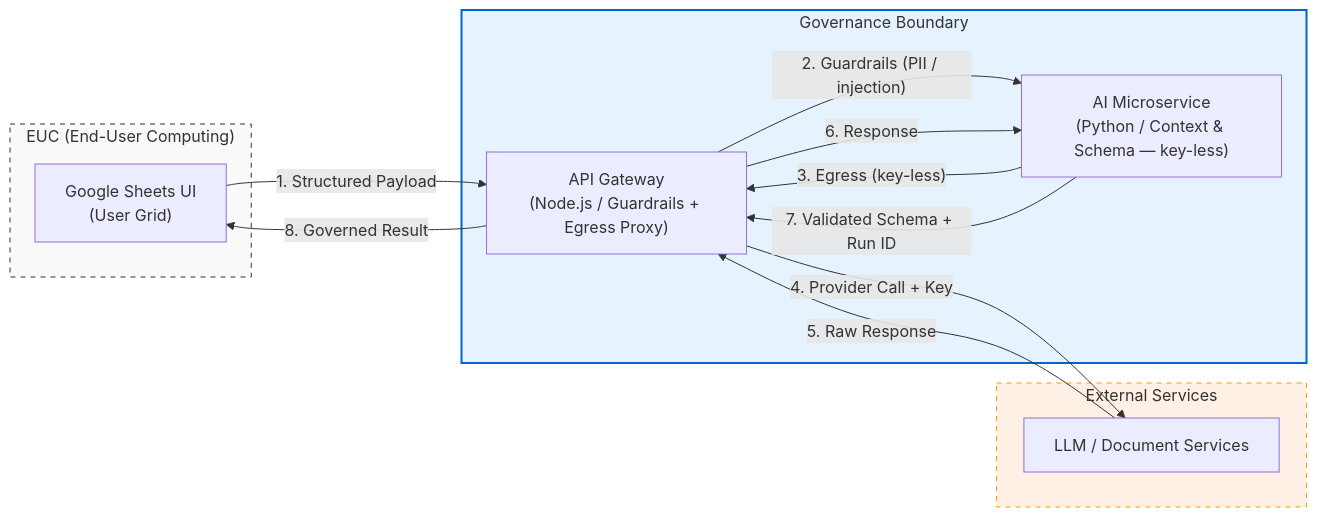
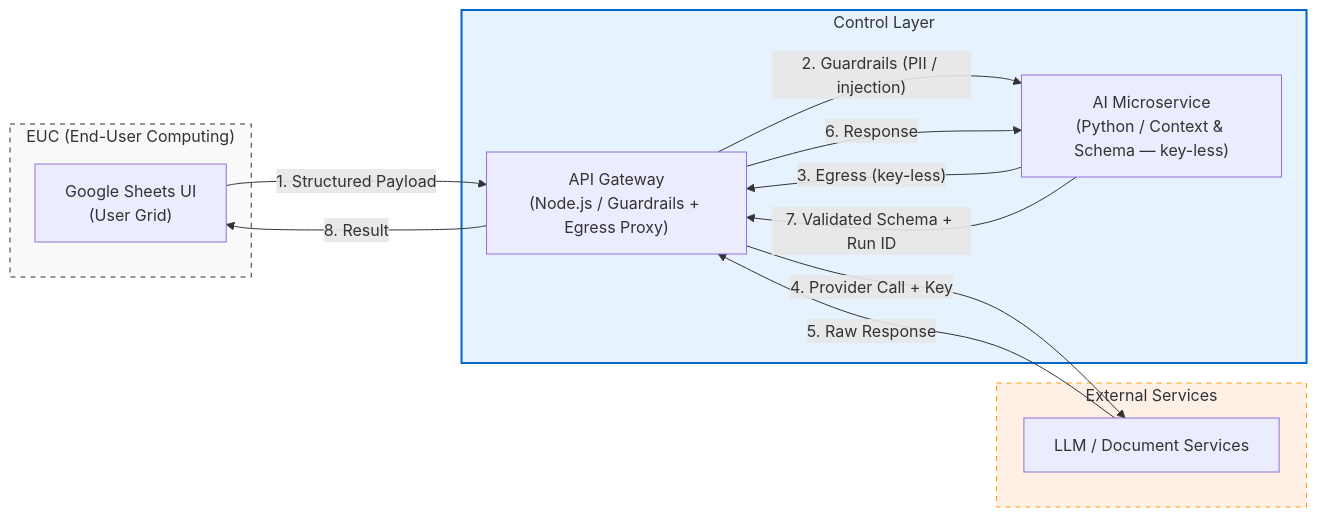
Before and after one commit to VincentChong123/euc-spreadsheet-uplift: the diagram in README.md, drawn with Mermaid. The commit also changed other lines of this file and 2 other files, not shown here.

````diff
--- a/README.md
+++ b/README.md
@@ -55,29 +56,29 @@
 ```mermaid
 flowchart LR
     subgraph EUC["EUC (End-User Computing)"]
         UI["Google Sheets UI<br/>(User Grid)"]
     end
 
-    subgraph Governance["Governance Boundary"]
+    subgraph Controls["Control Layer"]
         Gateway["API Gateway<br/>(Node.js / Guardrails + Egress Proxy)"]
         AI_Service["AI Microservice<br/>(Python / Context & Schema — key-less)"]
     end
 
     subgraph External["External Services"]
         LLM["LLM / Document Services"]
     end
 
     UI -- "1. Structured Payload" --> Gateway
     Gateway -- "2. Guardrails (PII / injection)" --> AI_Service
     AI_Service -- "3. Egress (key-less)" --> Gateway
     Gateway -- "4. Provider Call + Key" --> LLM
     LLM -- "5. Raw Response" --> Gateway
     Gateway -- "6. Response" --> AI_Service
     AI_Service -- "7. Validated Schema + Run ID" --> Gateway
-    Gateway -- "8. Governed Result" --> UI
+    Gateway -- "8. Result" --> UI
 
     %% Styling
     style EUC fill:#f9f9f9,stroke:#333,stroke-dasharray: 5 5
-    style Governance fill:#e6f3ff,stroke:#0066cc,stroke-width:2px
+    style Controls fill:#e6f3ff,stroke:#0066cc,stroke-width:2px
     style External fill:#fff0e6,stroke:#ff9900,stroke-dasharray: 5 5
 ```
````
